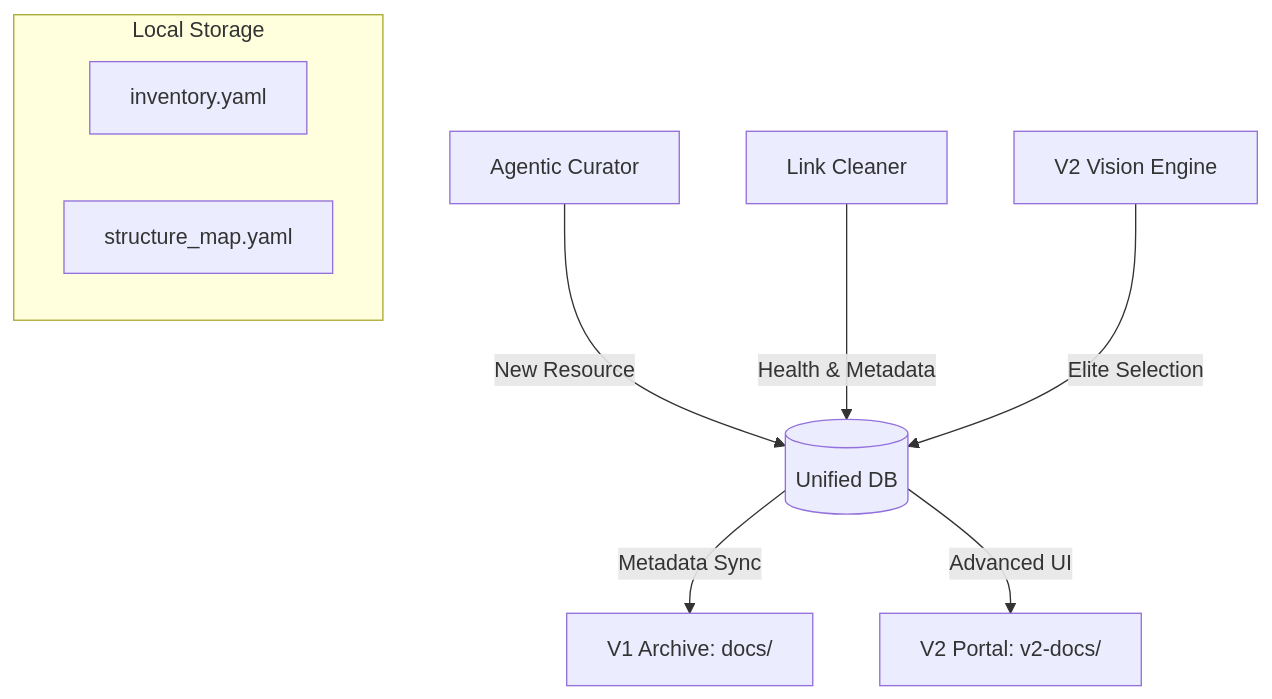
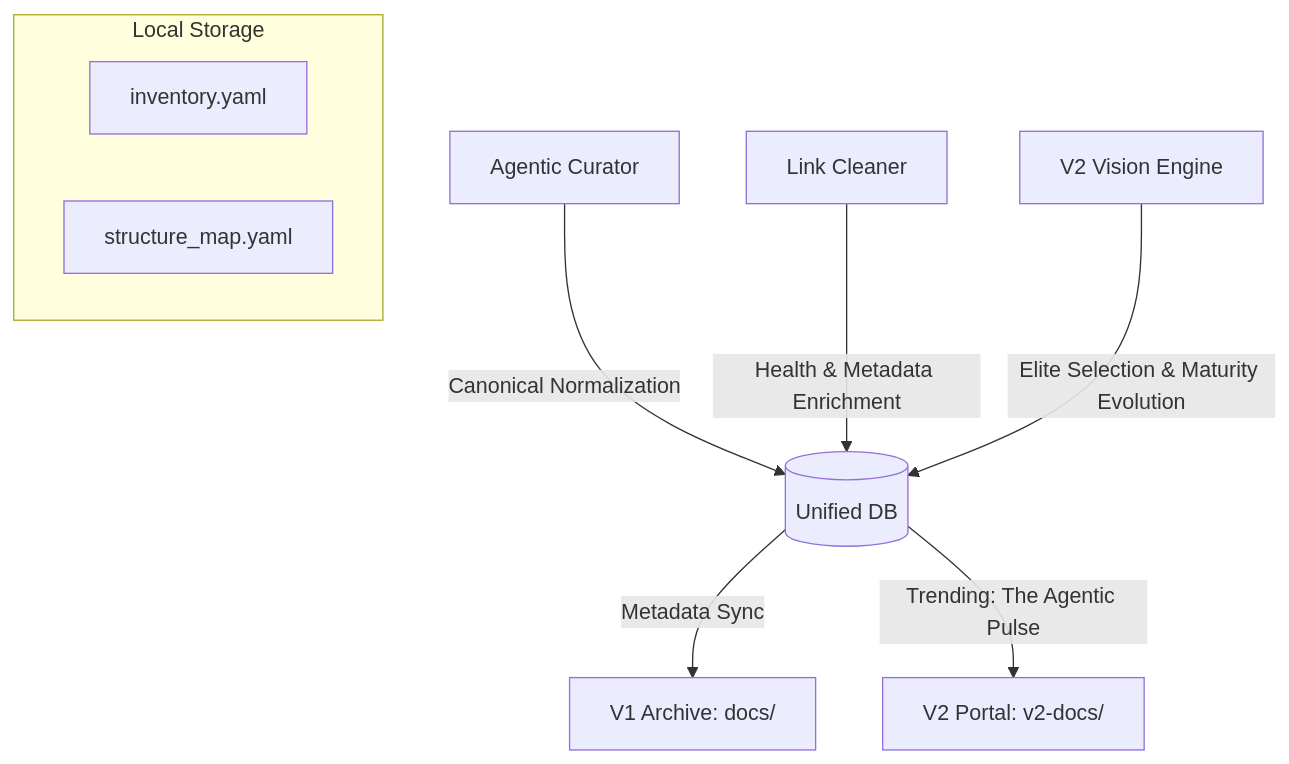
The fourth of 6 diagrams in README.md (nubenetes/awesome-kubernetes), drawn with Mermaid before and after one commit. The commit also changed other lines of this file and 5 other files, not shown here.

Commit message:
feat(intelligence): implement Canonical Normalization, The Agentic Pulse, and Evolutionary Maturity

````diff
--- a/README.md
+++ b/README.md
@@ -219,14 +219,14 @@
 ```mermaid
 graph TD
-    AC[Agentic Curator] -->|New Resource| DB[(Unified DB)]
-    LC[Link Cleaner] -->|Health & Metadata| DB
-    V2[V2 Vision Engine] -->|Elite Selection| DB
+    AC[Agentic Curator] -->|Canonical Normalization| DB[(Unified DB)]
+    LC[Link Cleaner] -->|Health & Metadata Enrichment| DB
+    V2[V2 Vision Engine] -->|Elite Selection & Maturity Evolution| DB
     
     DB -->|Metadata Sync| V1[V1 Archive: docs/]
-    DB -->|Advanced UI| V2P[V2 Portal: v2-docs/]
+    DB -->|Trending: The Agentic Pulse| V2P[V2 Portal: v2-docs/]
     
     subgraph Local Storage
         DB1[inventory.yaml]
         DB2[structure_map.yaml]
     end
 ```
````
